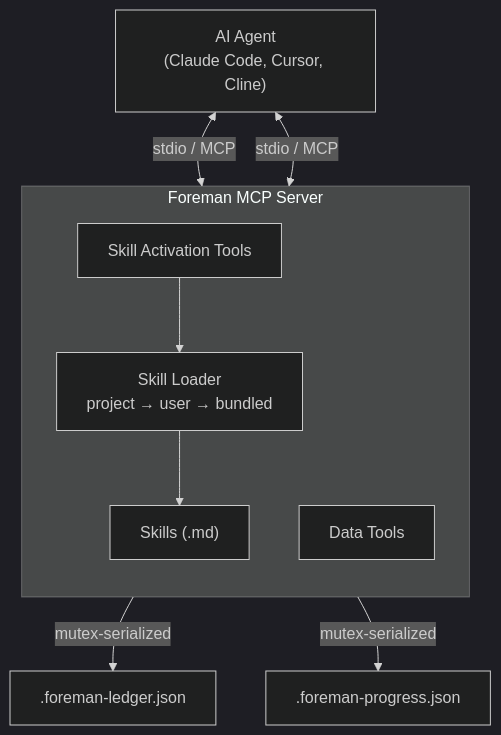
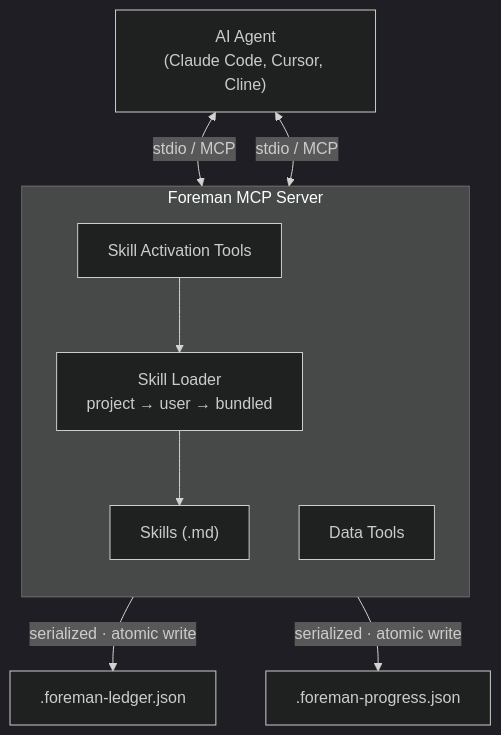
One commit to malindarathnayake/Foreman changed the second of 2 diagrams in README.md. Above: the diagram before and after it, drawn with Mermaid (dark theme). The commit also changed other lines of this file, not shown here.

First line of the commit message:
Add FAQ section to README — address common misreadings of architecture

````diff
--- a/README.md
+++ b/README.md
@@ -142,21 +142,21 @@
 ```mermaid
 graph TD
     Agent["AI Agent<br/>(Claude Code, Cursor, Cline)"]
 
     subgraph Foreman MCP Server
         direction TB
         SKT["Skill Activation Tools"]
         DT["Data Tools"]
         SL["Skill Loader<br/>project → user → bundled"]
         SK["Skills (.md)"]
     end
 
     Ledger[".foreman-ledger.json"]
     Progress[".foreman-progress.json"]
 
     Agent <-->|"stdio / MCP"| SKT
     Agent <-->|"stdio / MCP"| DT
     SKT --> SL --> SK
-    DT -->|"mutex-serialized"| Ledger
-    DT -->|"mutex-serialized"| Progress
+    DT -->|"serialized · atomic write"| Ledger
+    DT -->|"serialized · atomic write"| Progress
 ```
````
